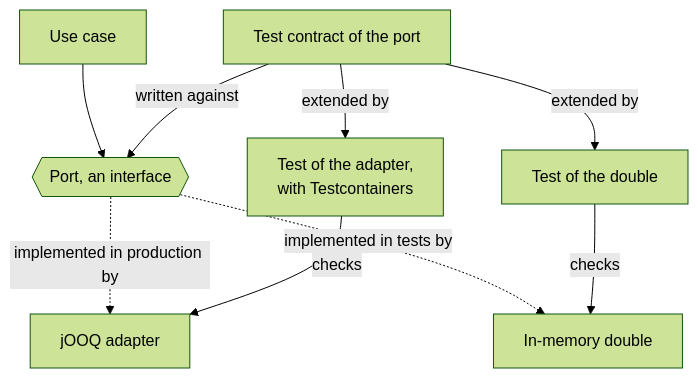
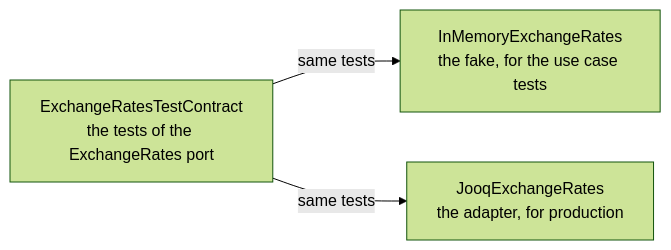
One commit to mboisnard/drinkit changed the diagram in docs/src/engineering/writing-code/testing/testdouble.md. Above: the diagram before and after it, drawn with Mermaid (forest theme). The commit also changed other lines of this file, not shown here.

First line of the commit message:
[DOCUMENTATION] Shorten the test doubles page (#513)

````diff
--- a/docs/src/engineering/writing-code/testing/testdouble.md
+++ b/docs/src/engineering/writing-code/testing/testdouble.md
@@ -38,9 +35,6 @@
 ```mermaid
-flowchart TB
-  uc["Use case"] --> port{{"Port, an interface"}}
-  port -. "implemented in production by" .-> adapter["jOOQ adapter"]
-  port -. "implemented in tests by" .-> double["In-memory double"]
-  contract["Test contract of the port"] -- "written against" --> port
-  contract -- "extended by" --> adapterTest["Test of the adapter,<br/>with Testcontainers"] -- "checks" --> adapter
-  contract -- "extended by" --> doubleTest["Test of the double"] -- "checks" --> double
+flowchart LR
+  contract["ExchangeRatesTestContract<br/>the tests of the ExchangeRates port"]
+  contract -- "same tests" --> double["InMemoryExchangeRates<br/>the fake, for the use case tests"]
+  contract -- "same tests" --> adapter["JooqExchangeRates<br/>the adapter, for production"]
 ```
````
